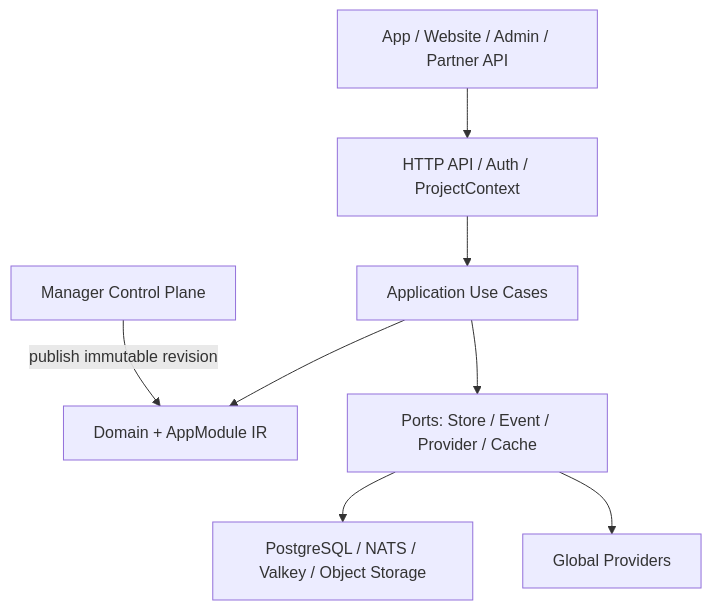
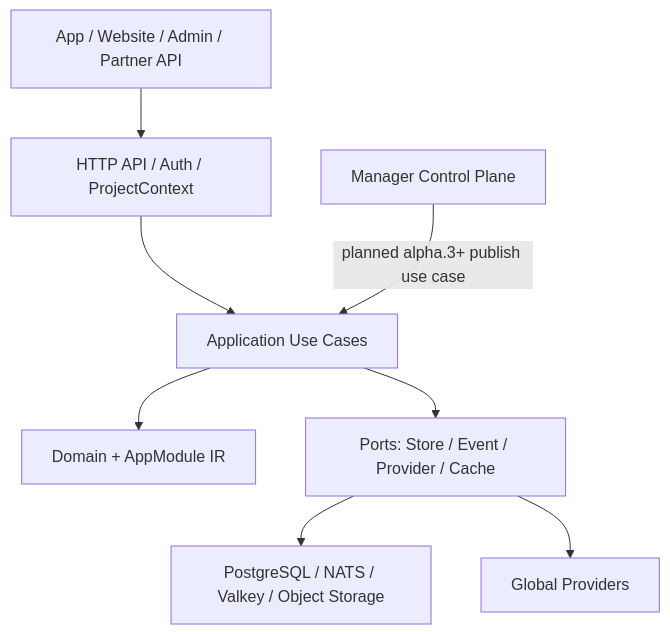
The first of 2 diagrams in docs/arch.md (shezw/panvara), drawn with Mermaid before and after one commit. The commit also changed other lines of this file and 84 other files, not shown here.

````diff
--- a/docs/arch.md
+++ b/docs/arch.md
@@ -32,19 +32,19 @@
 ```mermaid
 flowchart TB
     Client["App / Website / Admin / Partner API"]
     Edge["HTTP API / Auth / ProjectContext"]
     App["Application Use Cases"]
     Domain["Domain + AppModule IR"]
     Ports["Ports: Store / Event / Provider / Cache"]
     Infra["PostgreSQL / NATS / Valkey / Object Storage"]
     Providers["Global Providers"]
     Control["Manager Control Plane"]
 
     Client --> Edge
     Edge --> App
     App --> Domain
     App --> Ports
     Ports --> Infra
     Ports --> Providers
-    Control -->|"publish immutable revision"| Domain
+    Control -->|"planned alpha.3+ publish use case"| App
 ```
````
